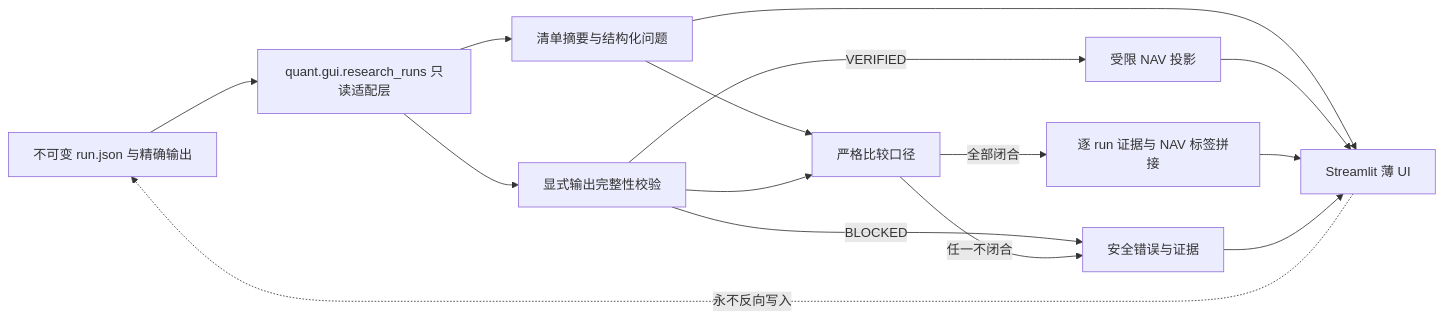
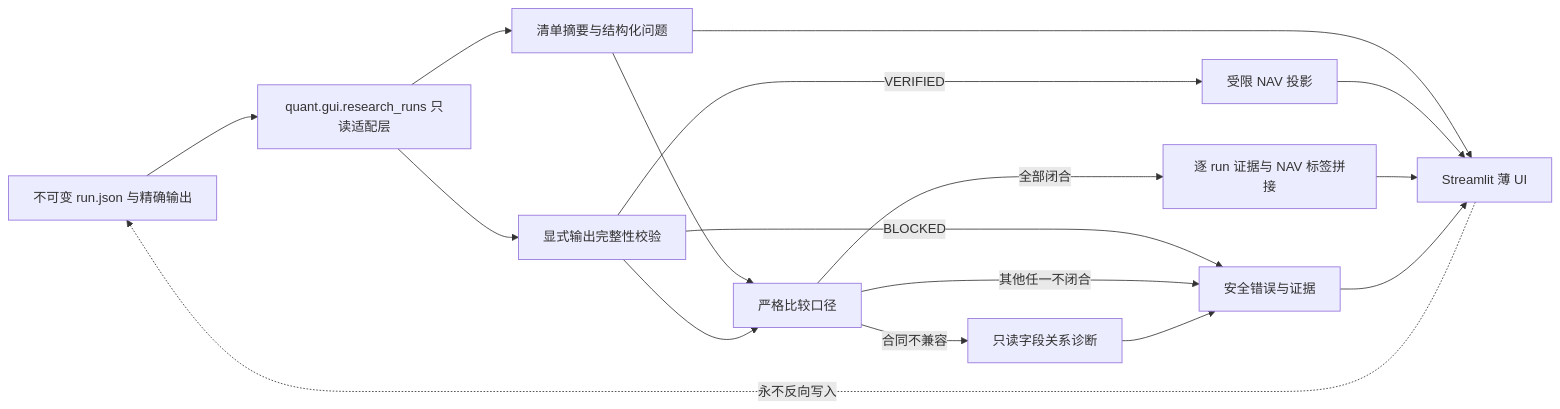
Before and after one commit to Sunnybay1994/QuantitativeTrading: the diagram in docs/gui/GUI_产品与技术设计.md, drawn with Mermaid. The commit also changed other lines of this file and 6 other files, not shown here.

````diff
--- a/docs/gui/GUI_产品与技术设计.md
+++ b/docs/gui/GUI_产品与技术设计.md
@@ -36,17 +40,19 @@
 ```mermaid
 flowchart LR
     A["不可变 run.json 与精确输出"] --> B["quant.gui.research_runs 只读适配层"]
     B --> C["清单摘要与结构化问题"]
     B --> D["显式输出完整性校验"]
     D -->|"VERIFIED"| E["受限 NAV 投影"]
     D -->|"BLOCKED"| F["安全错误与证据"]
     C --> H["严格比较口径"]
     D --> H
     H -->|"全部闭合"| I["逐 run 证据与 NAV 标签拼接"]
-    H -->|"任一不闭合"| F
+    H -->|"合同不兼容"| J["只读字段关系诊断"]
+    H -->|"其他任一不闭合"| F
+    J --> F
     C --> G["Streamlit 薄 UI"]
     E --> G
     I --> G
     F --> G
     G -. "永不反向写入" .-> A
 ```
````
